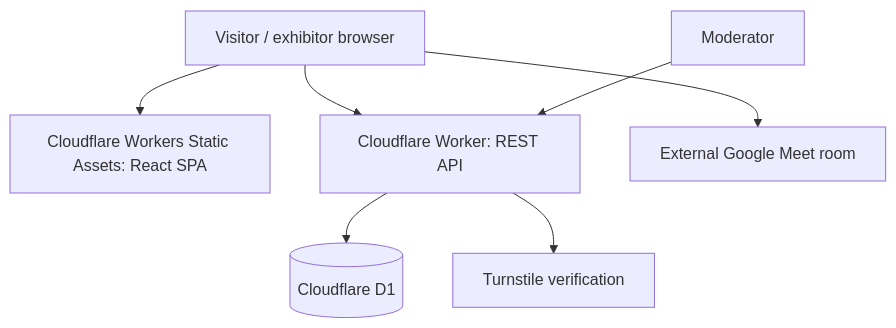
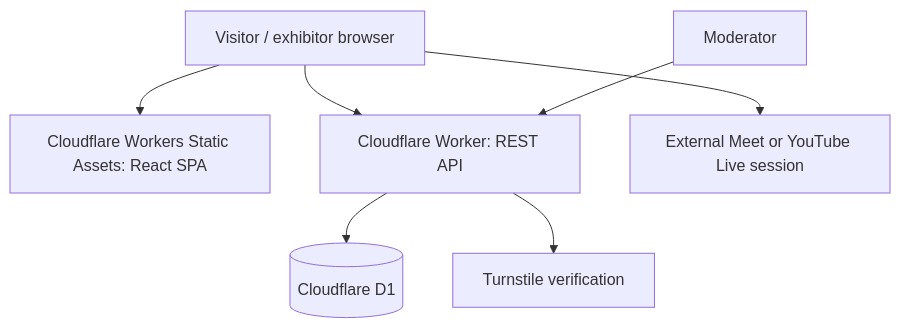
Before and after one commit to isaquesena-lab/virtual-expo-mvp: the diagram in docs/ARCHITECTURE.md, drawn with Mermaid. The commit also changed other lines of this file and 14 other files, not shown here.

First line of the commit message:
Let exhibitors choose Google Meet or YouTube Live (#27)

````diff
--- a/docs/ARCHITECTURE.md
+++ b/docs/ARCHITECTURE.md
@@ -7,9 +7,9 @@
 ```mermaid
 flowchart TD
   Visitor[Visitor / exhibitor browser] --> Static[Cloudflare Workers Static Assets: React SPA]
   Visitor --> API[Cloudflare Worker: REST API]
   API --> D1[(Cloudflare D1)]
   API --> Turnstile[Turnstile verification]
-  Visitor --> Meet[External Google Meet room]
+  Visitor --> Meet[External Meet or YouTube Live session]
   Moderator[Moderator] --> API
 ```
````
